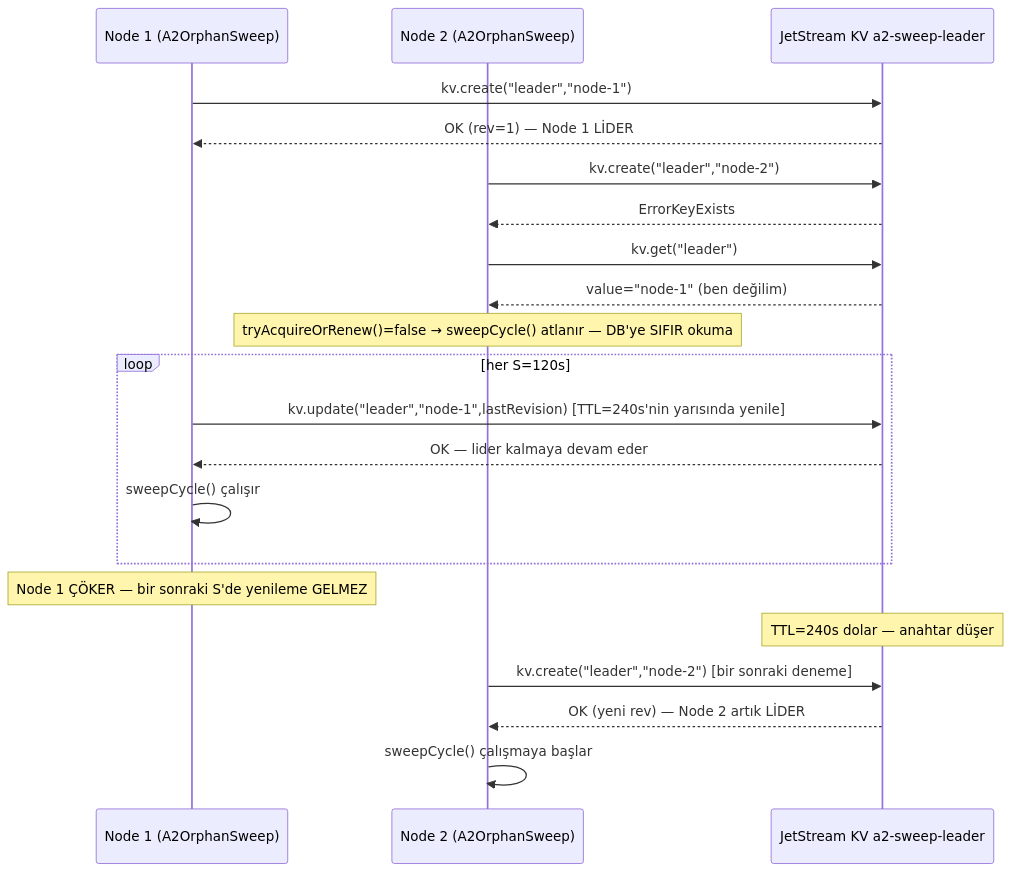
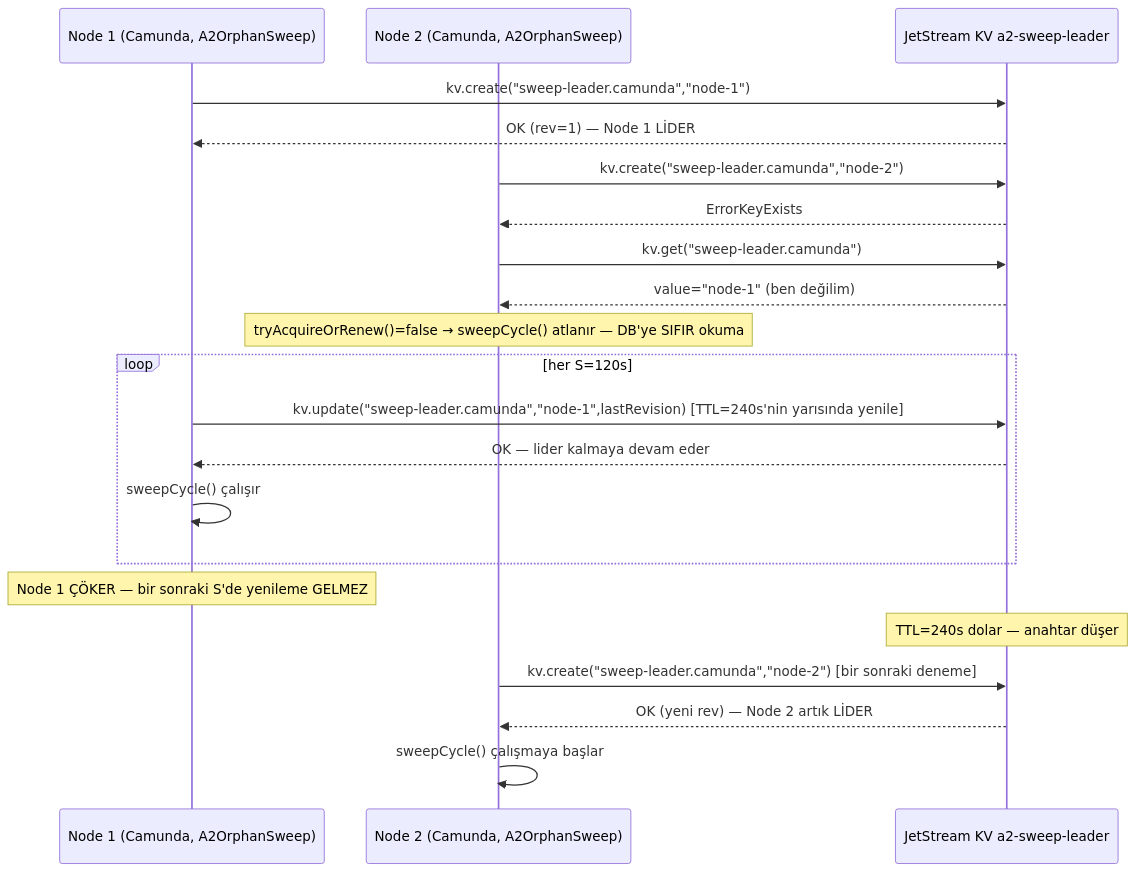
The sixth of 7 diagrams in docs/sentinel/phase4/SEQUENCE_DIAGRAMS.md (3eAI-Labs/nats-bpm-channels), drawn with Mermaid before and after one commit. The commit also changed other lines of this file and 16 other files, not shown here.

````diff
--- a/docs/sentinel/phase4/SEQUENCE_DIAGRAMS.md
+++ b/docs/sentinel/phase4/SEQUENCE_DIAGRAMS.md
@@ -197,26 +198,26 @@
 ```mermaid
 sequenceDiagram
-    participant N1 as Node 1 (A2OrphanSweep)
-    participant N2 as Node 2 (A2OrphanSweep)
+    participant N1 as Node 1 (Camunda, A2OrphanSweep)
+    participant N2 as Node 2 (Camunda, A2OrphanSweep)
     participant KV as JetStream KV a2-sweep-leader
 
-    N1->>KV: kv.create("leader","node-1")
+    N1->>KV: kv.create("sweep-leader.camunda","node-1")
     KV-->>N1: OK (rev=1) — Node 1 LİDER
-    N2->>KV: kv.create("leader","node-2")
+    N2->>KV: kv.create("sweep-leader.camunda","node-2")
     KV-->>N2: ErrorKeyExists
-    N2->>KV: kv.get("leader")
+    N2->>KV: kv.get("sweep-leader.camunda")
     KV-->>N2: value="node-1" (ben değilim)
     Note over N2: tryAcquireOrRenew()=false → sweepCycle() atlanır — DB'ye SIFIR okuma
 
     loop her S=120s
-        N1->>KV: kv.update("leader","node-1",lastRevision) [TTL=240s'nin yarısında yenile]
+        N1->>KV: kv.update("sweep-leader.camunda","node-1",lastRevision) [TTL=240s'nin yarısında yenile]
         KV-->>N1: OK — lider kalmaya devam eder
         N1->>N1: sweepCycle() çalışır
     end
 
     Note over N1: Node 1 ÇÖKER — bir sonraki S'de yenileme GELMEZ
     Note over KV: TTL=240s dolar — anahtar düşer
-    N2->>KV: kv.create("leader","node-2") [bir sonraki deneme]
+    N2->>KV: kv.create("sweep-leader.camunda","node-2") [bir sonraki deneme]
     KV-->>N2: OK (yeni rev) — Node 2 artık LİDER
     N2->>N2: sweepCycle() çalışmaya başlar
 ```
````
